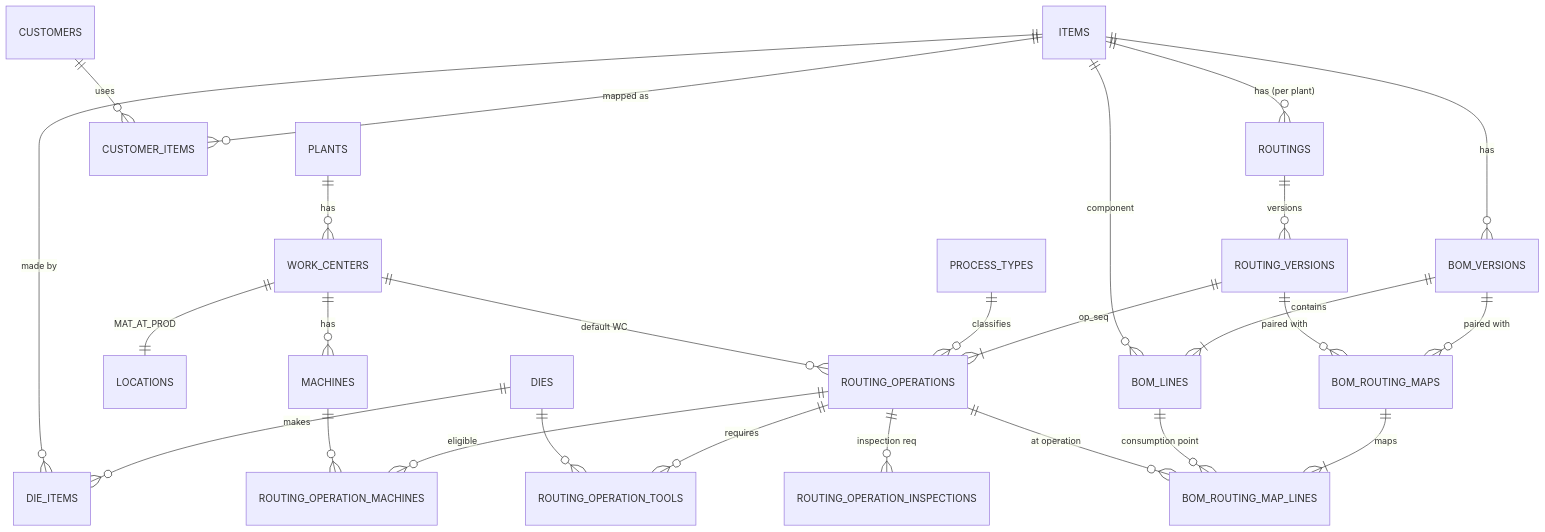
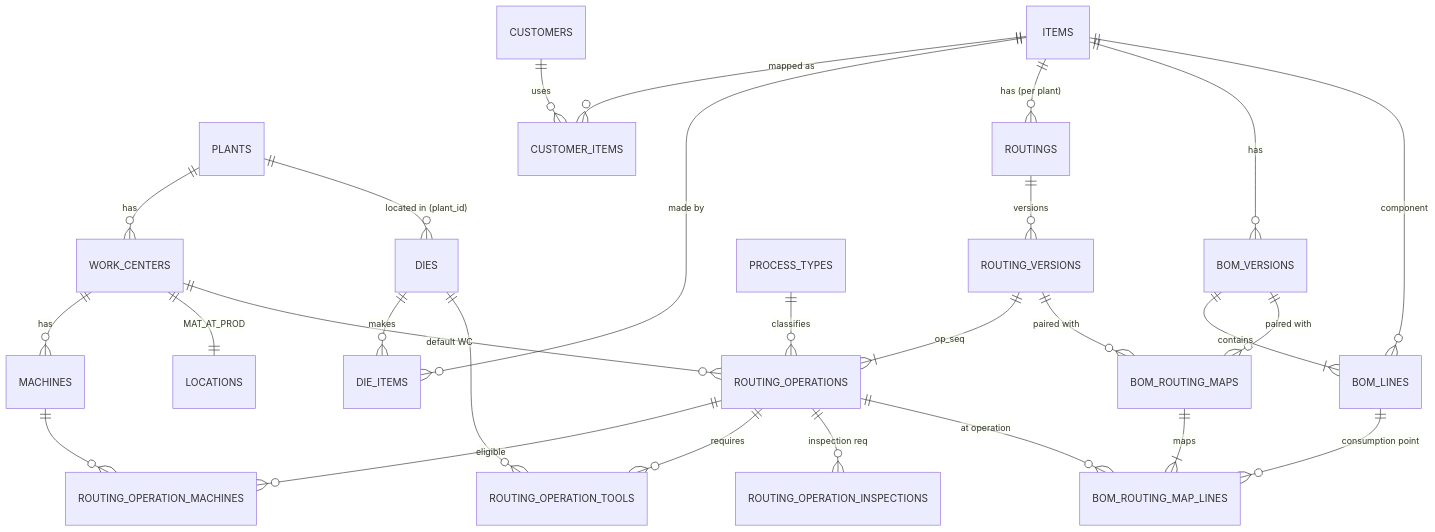
The diagram in docs/26-B2-MASTER-DATA-ROUTING-ADDENDUM.md (DanarArrsyd/eora_suite), drawn with Mermaid before and after one commit. The commit also changed other lines of this file and 2 other files, not shown here.

````diff
--- a/docs/26-B2-MASTER-DATA-ROUTING-ADDENDUM.md
+++ b/docs/26-B2-MASTER-DATA-ROUTING-ADDENDUM.md
@@ -169,28 +175,29 @@
 ```mermaid
 erDiagram
   PLANTS ||--o{ WORK_CENTERS : has
   WORK_CENTERS ||--o{ MACHINES : has
   WORK_CENTERS ||--|| LOCATIONS : "MAT_AT_PROD"
   ITEMS ||--o{ CUSTOMER_ITEMS : "mapped as"
   CUSTOMERS ||--o{ CUSTOMER_ITEMS : uses
+  PLANTS ||--o{ DIES : "located in (plant_id)"
   DIES ||--o{ DIE_ITEMS : makes
   ITEMS ||--o{ DIE_ITEMS : "made by"
   ITEMS ||--o{ ROUTINGS : "has (per plant)"
   ROUTINGS ||--o{ ROUTING_VERSIONS : versions
   ROUTING_VERSIONS ||--|{ ROUTING_OPERATIONS : "op_seq"
   PROCESS_TYPES ||--o{ ROUTING_OPERATIONS : classifies
   WORK_CENTERS ||--o{ ROUTING_OPERATIONS : "default WC"
   ROUTING_OPERATIONS ||--o{ ROUTING_OPERATION_MACHINES : "eligible"
   MACHINES ||--o{ ROUTING_OPERATION_MACHINES : ""
   ROUTING_OPERATIONS ||--o{ ROUTING_OPERATION_TOOLS : requires
   DIES ||--o{ ROUTING_OPERATION_TOOLS : ""
   ROUTING_OPERATIONS ||--o{ ROUTING_OPERATION_INSPECTIONS : "inspection req"
   ITEMS ||--o{ BOM_VERSIONS : has
   BOM_VERSIONS ||--|{ BOM_LINES : contains
   BOM_LINES }o--|| ITEMS : component
   BOM_VERSIONS ||--o{ BOM_ROUTING_MAPS : "paired with"
   ROUTING_VERSIONS ||--o{ BOM_ROUTING_MAPS : "paired with"
   BOM_ROUTING_MAPS ||--|{ BOM_ROUTING_MAP_LINES : maps
   BOM_LINES ||--o{ BOM_ROUTING_MAP_LINES : "consumption point"
   ROUTING_OPERATIONS ||--o{ BOM_ROUTING_MAP_LINES : "at operation"
 ```
````
